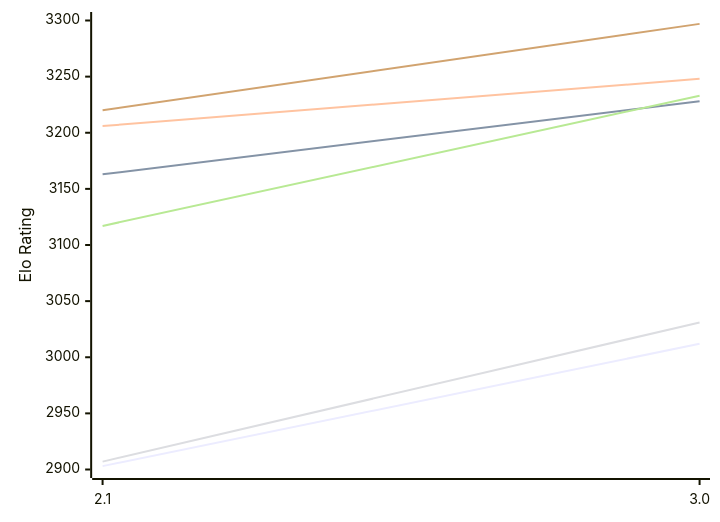
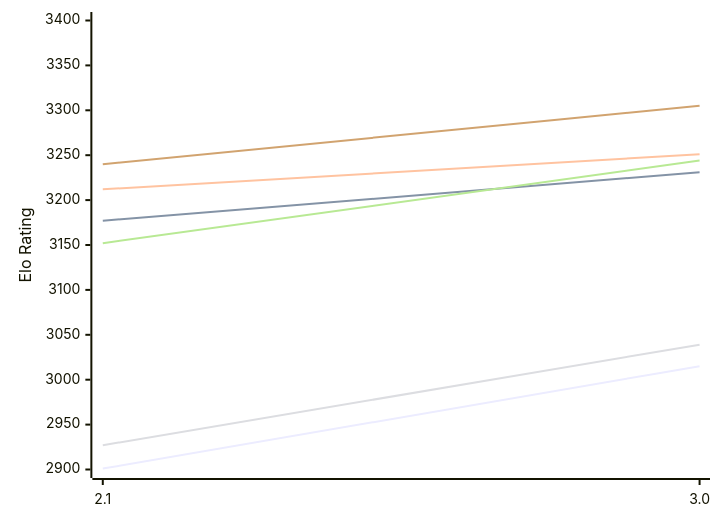
One commit to computer-chess-index/cci changed the first of 2 diagrams in engines/Quirky.md. Above: the diagram before and after it, drawn with Mermaid. The commit also changed other lines of this file, not shown here.

Commit message:
Update CCI Ratings (ELO VLTC) - 2026-11-25

````diff
--- a/engines/Quirky.md
+++ b/engines/Quirky.md
@@ -50,12 +50,12 @@
 ```mermaid
 %%{init: {"theme":"base","themeVariables":{"seriesColors:['#a3a3a3','#222221','#faa371']}}}%%
 xychart-beta
   x-axis ["2.1", "3.0"]
-  y-axis "Elo Rating" 2900 --> 3300
-  line "E1: STC (8.0+0.08s)" [2903, 3012]
-  line "E1: LTC (60.0+0.60s)" [3163, 3228]
-  line "E1: VLTC (2m24s+1.12s)" [3206, 3248]
-  line "P1: STC (8.0+0.08s)" [2907, 3031]
-  line "P1: LTC (60.0+0.60s)" [3117, 3233]
-  line "P1: VLTC (2m24s+1.12s)" [3220, 3297]
+  y-axis "Elo Rating" 2900 --> 3400
+  line "E1: STC (8.0+0.08s)" [2901, 3015]
+  line "E1: LTC (60.0+0.60s)" [3177, 3231]
+  line "E1: VLTC (2m24s+1.12s)" [3212, 3251]
+  line "P1: STC (8.0+0.08s)" [2927, 3039]
+  line "P1: LTC (60.0+0.60s)" [3152, 3244]
+  line "P1: VLTC (2m24s+1.12s)" [3240, 3305]
 ```
````
